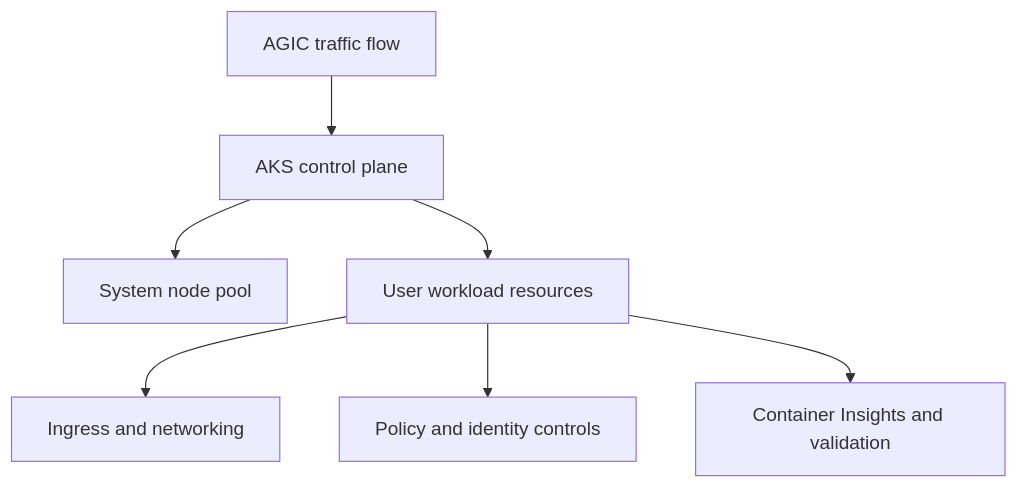
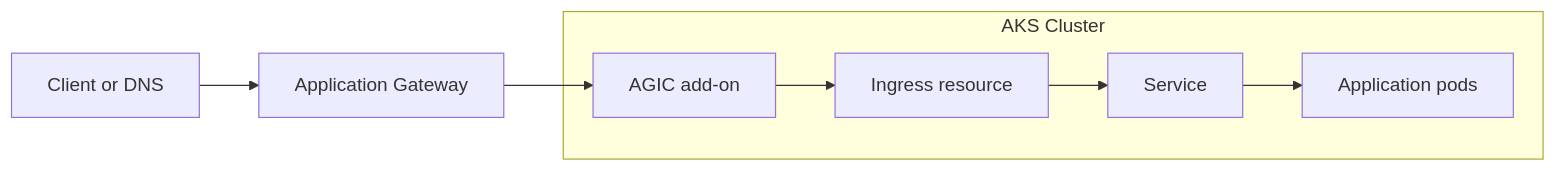
Before and after one commit to yeongseon/azure-kubernetes-service-practical-guide: the diagram in docs/tutorials/lab-guides/lab-02-application-gateway-ingress.md, drawn with Mermaid. The commit also changed other lines of this file and 66 other files, not shown here.

First line of the commit message:
feat: add MSLearn source attribution to all 69 mermaid diagrams

````diff
--- a/docs/tutorials/lab-guides/lab-02-application-gateway-ingress.md
+++ b/docs/tutorials/lab-guides/lab-02-application-gateway-ingress.md
@@ -20,9 +35,14 @@
 ```mermaid
-flowchart TD
-    A[AGIC traffic flow] --> B[AKS control plane]
-    B --> C[System node pool]
-    B --> D[User workload resources]
-    D --> E[Ingress and networking]
-    D --> F[Policy and identity controls]
-    D --> G[Container Insights and validation]
+flowchart LR
+    CLIENT[Client or DNS] --> APPGW[Application Gateway]
+    subgraph AKS Cluster
+        AGIC[AGIC add-on]
+        INGRESS[Ingress resource]
+        SVC[Service]
+        PODS[Application pods]
+    end
+    APPGW --> AGIC
+    AGIC --> INGRESS
+    INGRESS --> SVC
+    SVC --> PODS
 ```
````
